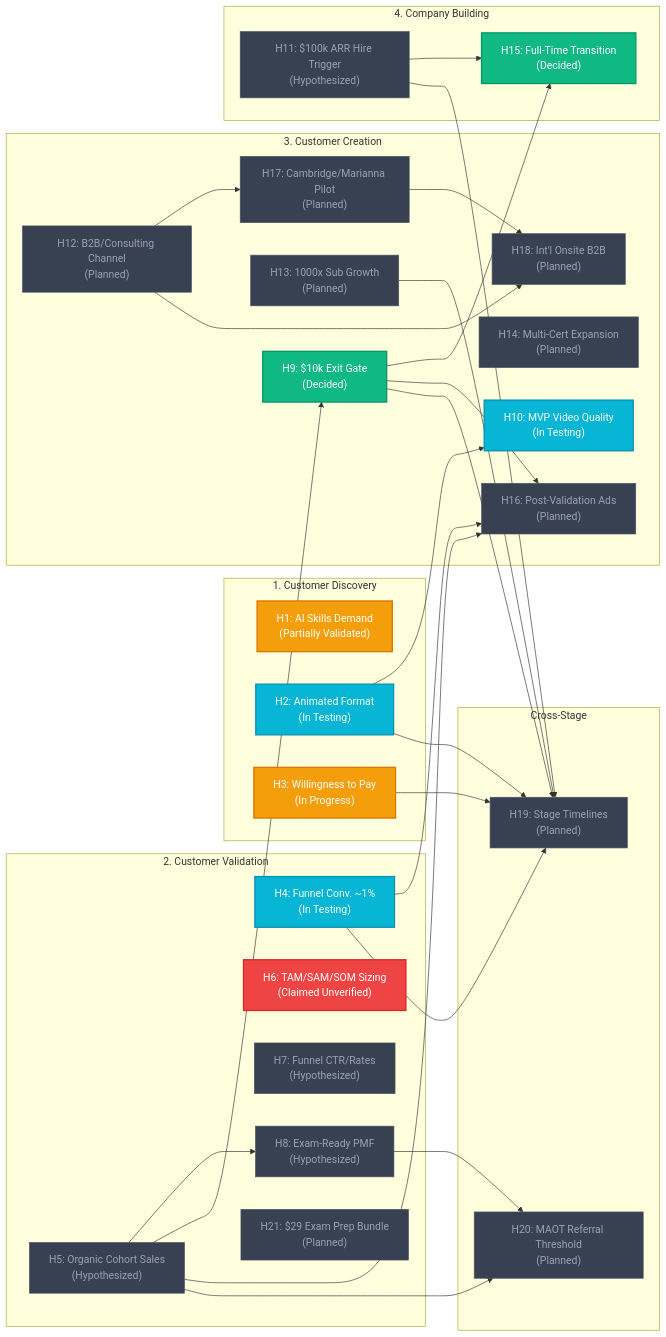
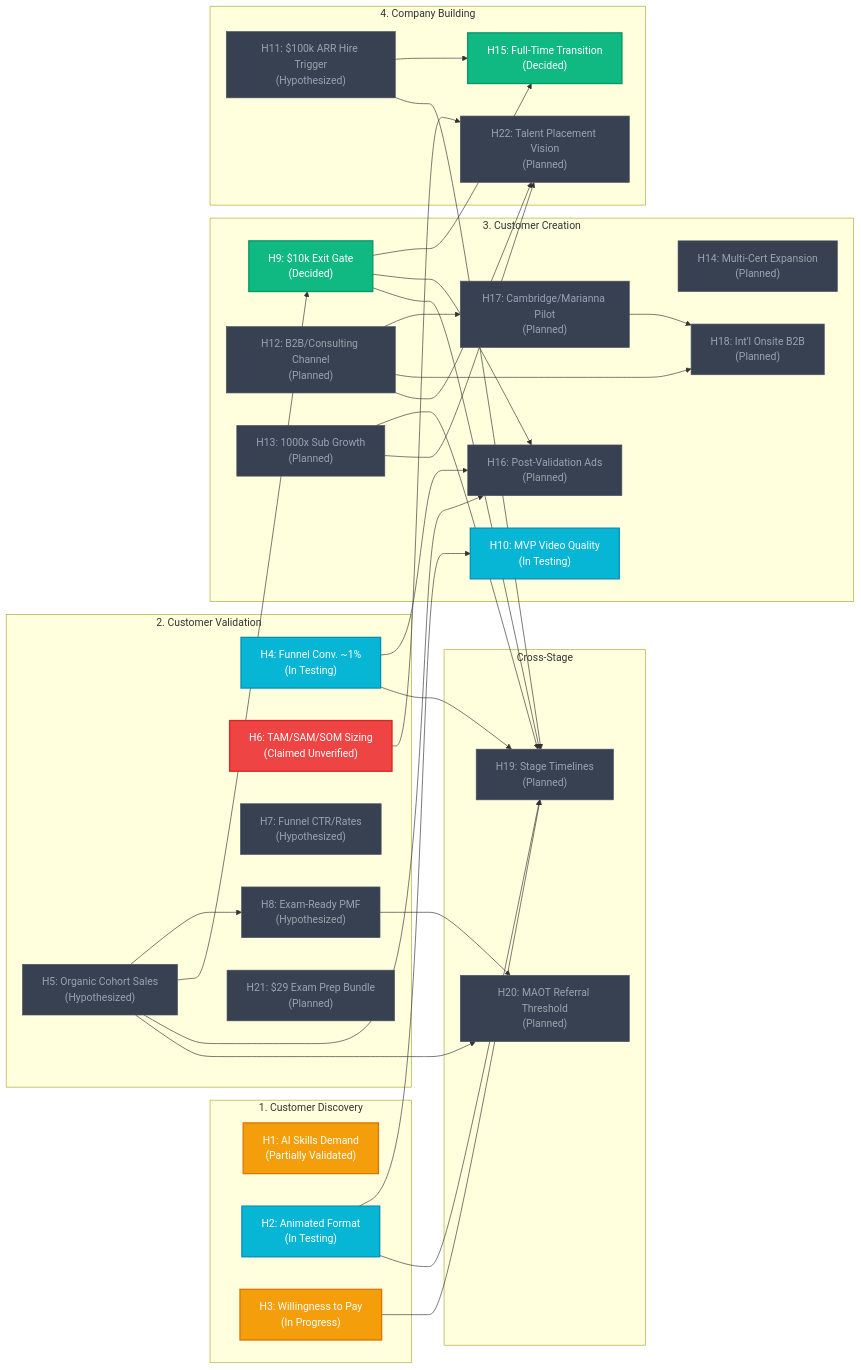
The diagram in HYPOTHESIS.md (rifaterdemsahin/AI-Certification-Customer-Development), drawn with Mermaid before and after one commit. The commit also changed other lines of this file and 8 other files, not shown here.

````diff
--- a/HYPOTHESIS.md
+++ b/HYPOTHESIS.md
@@ -9,66 +9,70 @@
 ```mermaid
 flowchart LR
     %% Styles
     classDef validated fill:#10b981,stroke:#059669,stroke-width:2px,color:#fff;
     classDef testing fill:#06b6d4,stroke:#0891b2,stroke-width:2px,color:#fff;
     classDef progress fill:#f59e0b,stroke:#d97706,stroke-width:2px,color:#fff;
     classDef unverified fill:#ef4444,stroke:#dc2626,stroke-width:2px,color:#fff;
     classDef planned fill:#374151,stroke:#4b5563,stroke-width:1px,color:#9ca3af;
 
     subgraph Discovery ["1. Customer Discovery"]
         H1["H1: AI Skills Demand<br>(Partially Validated)"]:::progress
         H2["H2: Animated Format<br>(In Testing)"]:::testing
         H3["H3: Willingness to Pay<br>(In Progress)"]:::progress
     end
 
     subgraph Validation ["2. Customer Validation"]
         H4["H4: Funnel Conv. ~1%<br>(In Testing)"]:::testing
         H5["H5: Organic Cohort Sales<br>(Hypothesized)"]:::planned
         H6["H6: TAM/SAM/SOM Sizing<br>(Claimed Unverified)"]:::unverified
         H7["H7: Funnel CTR/Rates<br>(Hypothesized)"]:::planned
         H8["H8: Exam-Ready PMF<br>(Hypothesized)"]:::planned
         H21["H21: $29 Exam Prep Bundle<br>(Planned)"]:::planned
     end
 
     subgraph Creation ["3. Customer Creation"]
         H9["H9: $10k Exit Gate<br>(Decided)"]:::validated
         H10["H10: MVP Video Quality<br>(In Testing)"]:::testing
         H12["H12: B2B/Consulting Channel<br>(Planned)"]:::planned
         H13["H13: 1000x Sub Growth<br>(Planned)"]:::planned
         H14["H14: Multi-Cert Expansion<br>(Planned)"]:::planned
         H16["H16: Post-Validation Ads<br>(Planned)"]:::planned
         H17["H17: Cambridge/Marianna Pilot<br>(Planned)"]:::planned
         H18["H18: Int'l Onsite B2B<br>(Planned)"]:::planned
     end
 
     subgraph Building ["4. Company Building"]
         H11["H11: $100k ARR Hire Trigger<br>(Hypothesized)"]:::planned
         H15["H15: Full-Time Transition<br>(Decided)"]:::validated
+        H22["H22: Talent Placement Vision<br>(Planned)"]:::planned
     end
 
     subgraph CrossStage ["Cross-Stage"]
         H19["H19: Stage Timelines<br>(Planned)"]:::planned
         H20["H20: MAOT Referral Threshold<br>(Planned)"]:::planned
     end
 
     %% Dependencies
     H2 --> H10
     H2 --> H19
     H3 --> H19
     H4 --> H16
     H4 --> H19
     H5 --> H8
     H5 --> H9
     H5 --> H16
     H9 --> H15
     H9 --> H16
     H9 --> H19
     H11 --> H15
     H11 --> H19
     H12 --> H17
     H12 --> H18
     H13 --> H19
     H17 --> H18
     H5 --> H20
     H8 --> H20
+    H12 --> H22
+    H6 --> H22
+    H13 --> H22
 ```
````
